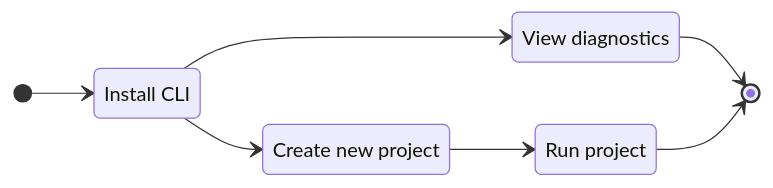
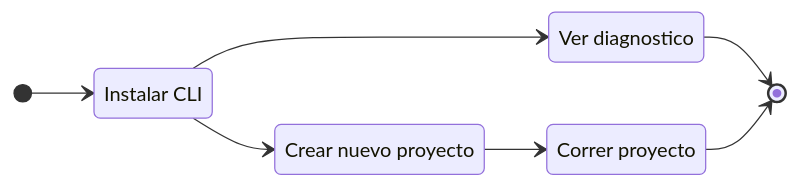
Before and after one commit to gowebly/docs: the diagram in docs/es/getting-started.md, drawn with Mermaid. The commit also changed other lines of this file and 14 other files, not shown here.

````diff
--- a/docs/es/getting-started.md
+++ b/docs/es/getting-started.md
@@ -18,14 +18,14 @@
 ```mermaid
 stateDiagram-v2
     direction LR
-        Install: Install CLI
-        Doctor: View diagnostics
-        Create: Create new project
-        Run: Run project
+        Install: Instalar CLI
+        Doctor: Ver diagnostico
+        Create: Crear nuevo proyecto
+        Run: Correr proyecto
         [*] --> Install
         Install --> Create
         Install --> Doctor
         Doctor --> [*]
         Create --> Run
         Run --> [*]
 ```
````
